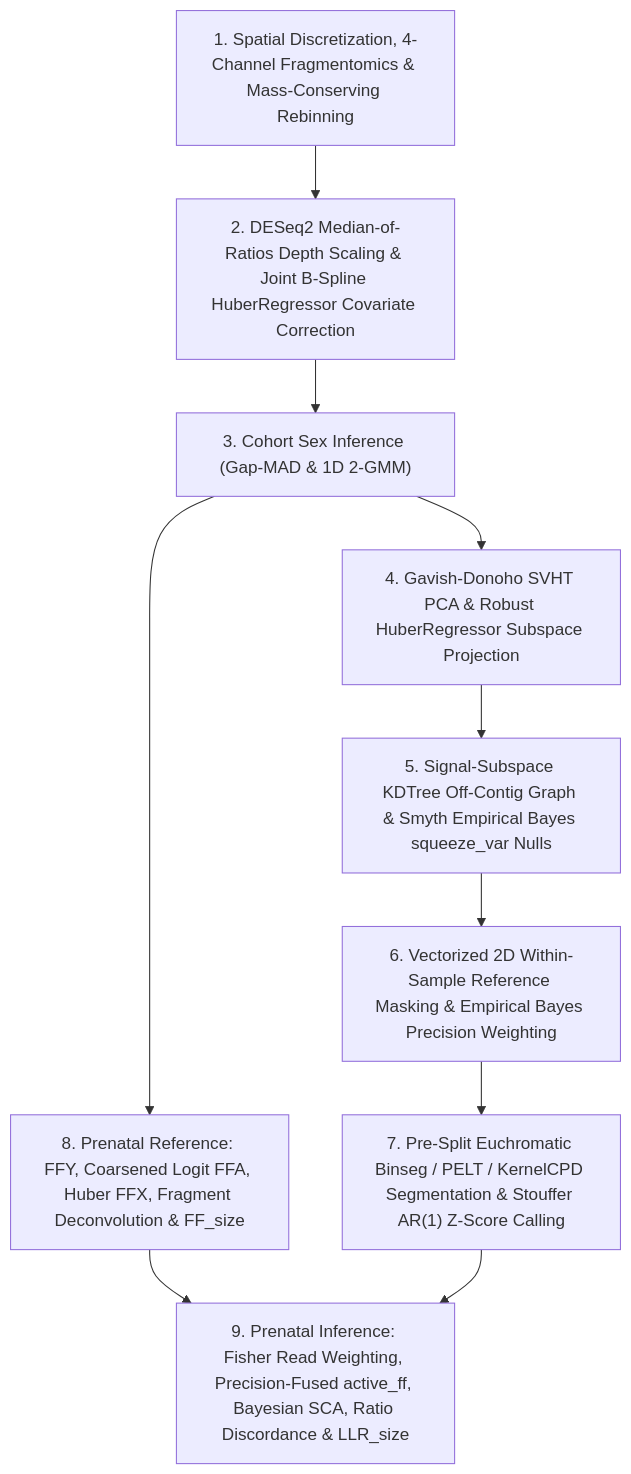
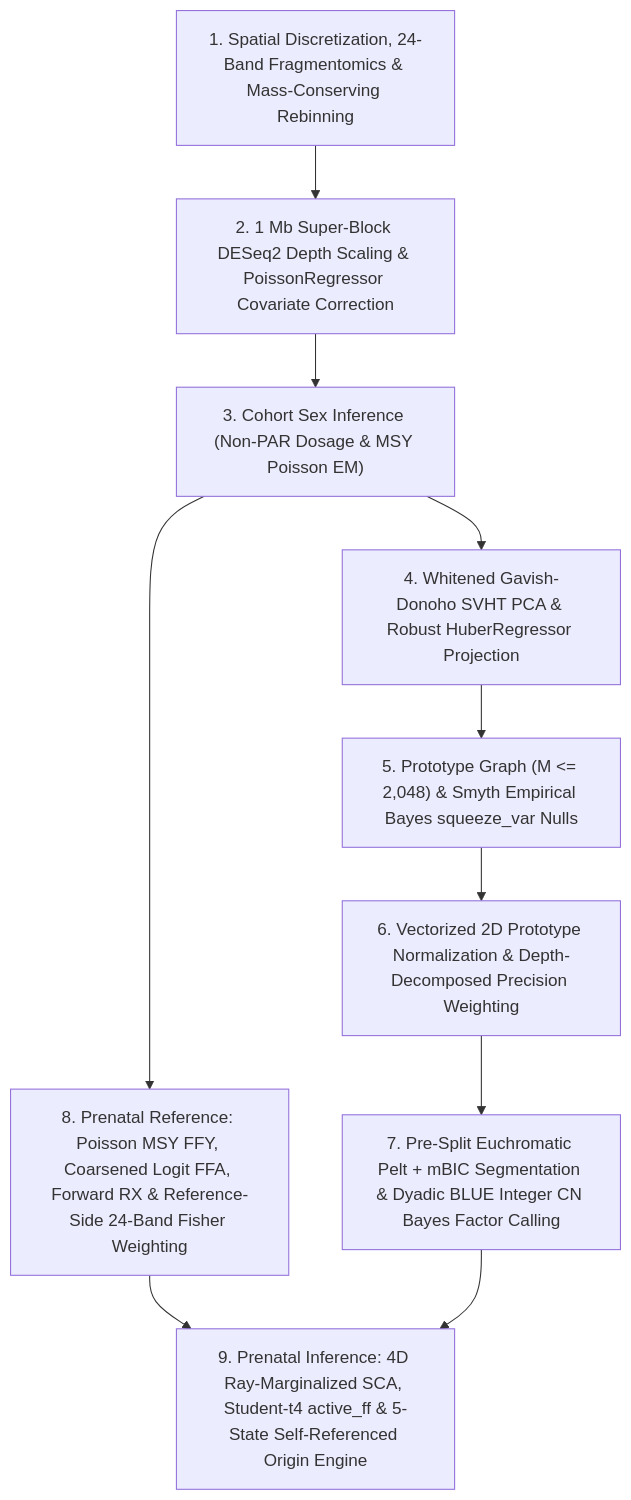
Before and after one commit to matthdsm/ccnv: the diagram in docs/methodology.md, drawn with Mermaid. The commit also changed other lines of this file and 123 other files, not shown here.

First line of the commit message:
feat: upgrade ccnv to Schema v2.0.0 with Rust I/O core and redesigned statistical/prenatal pipeline (#24)

````diff
--- a/docs/methodology.md
+++ b/docs/methodology.md
@@ -14,12 +14,12 @@
 ```mermaid
 flowchart TD
-    S1["1. Spatial Discretization, 4-Channel Fragmentomics & Mass-Conserving Rebinning"] --> S2["2. DESeq2 Median-of-Ratios Depth Scaling & Joint B-Spline HuberRegressor Covariate Correction"]
-    S2 --> S3["3. Cohort Sex Inference (Gap-MAD & 1D 2-GMM)"]
-    S3 --> S4["4. Gavish-Donoho SVHT PCA & Robust HuberRegressor Subspace Projection"]
-    S4 --> S5["5. Signal-Subspace KDTree Off-Contig Graph & Smyth Empirical Bayes squeeze_var Nulls"]
-    S5 --> S6["6. Vectorized 2D Within-Sample Reference Masking & Empirical Bayes Precision Weighting"]
-    S6 --> S7["7. Pre-Split Euchromatic Binseg / PELT / KernelCPD Segmentation & Stouffer AR(1) Z-Score Calling"]
-    S3 --> S8["8. Prenatal Reference: FFY, Coarsened Logit FFA, Huber FFX, Fragment Deconvolution & FF_size"]
-    S8 --> S9["9. Prenatal Inference: Fisher Read Weighting, Precision-Fused active_ff, Bayesian SCA, Ratio Discordance & LLR_size"]
+    S1["1. Spatial Discretization, 24-Band Fragmentomics & Mass-Conserving Rebinning"] --> S2["2. 1 Mb Super-Block DESeq2 Depth Scaling & PoissonRegressor Covariate Correction"]
+    S2 --> S3["3. Cohort Sex Inference (Non-PAR Dosage & MSY Poisson EM)"]
+    S3 --> S4["4. Whitened Gavish-Donoho SVHT PCA & Robust HuberRegressor Projection"]
+    S4 --> S5["5. Prototype Graph (M <= 2,048) & Smyth Empirical Bayes squeeze_var Nulls"]
+    S5 --> S6["6. Vectorized 2D Prototype Normalization & Depth-Decomposed Precision Weighting"]
+    S6 --> S7["7. Pre-Split Euchromatic Pelt + mBIC Segmentation & Dyadic BLUE Integer CN Bayes Factor Calling"]
+    S3 --> S8["8. Prenatal Reference: Poisson MSY FFY, Coarsened Logit FFA, Forward RX & Reference-Side 24-Band Fisher Weighting"]
+    S8 --> S9["9. Prenatal Inference: 4D Ray-Marginalized SCA, Student-t4 active_ff & 5-State Self-Referenced Origin Engine"]
     S7 --> S9
 ```
````
